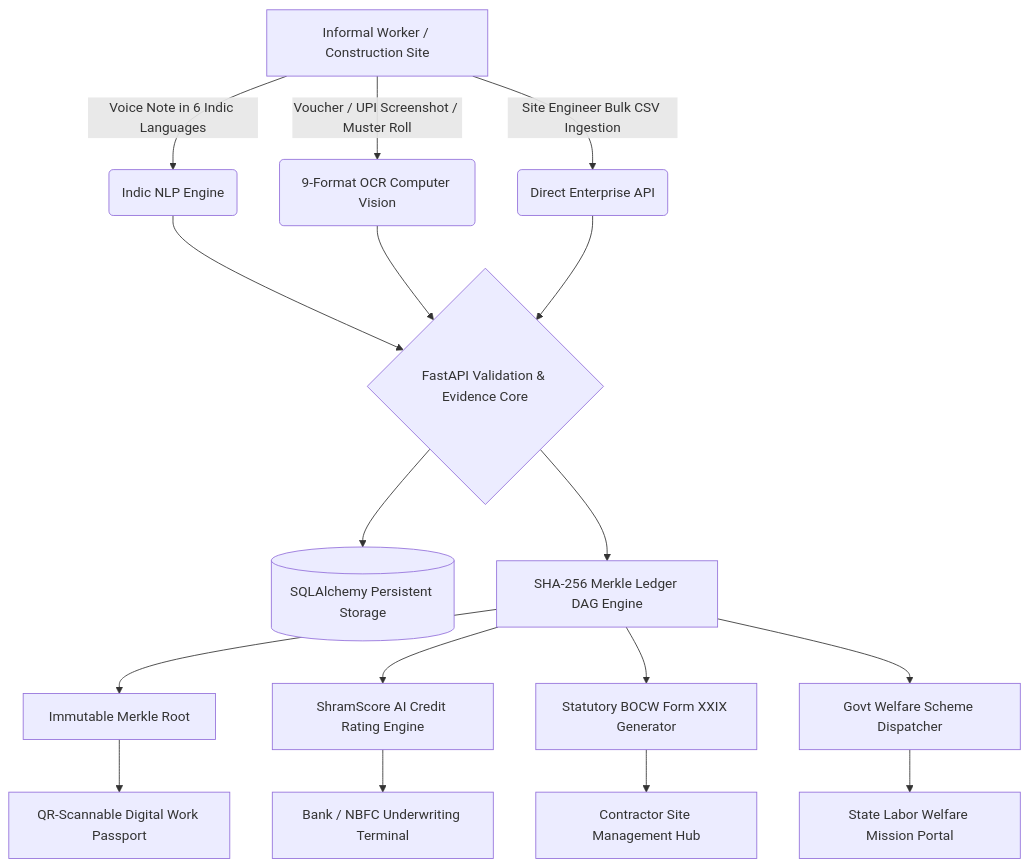
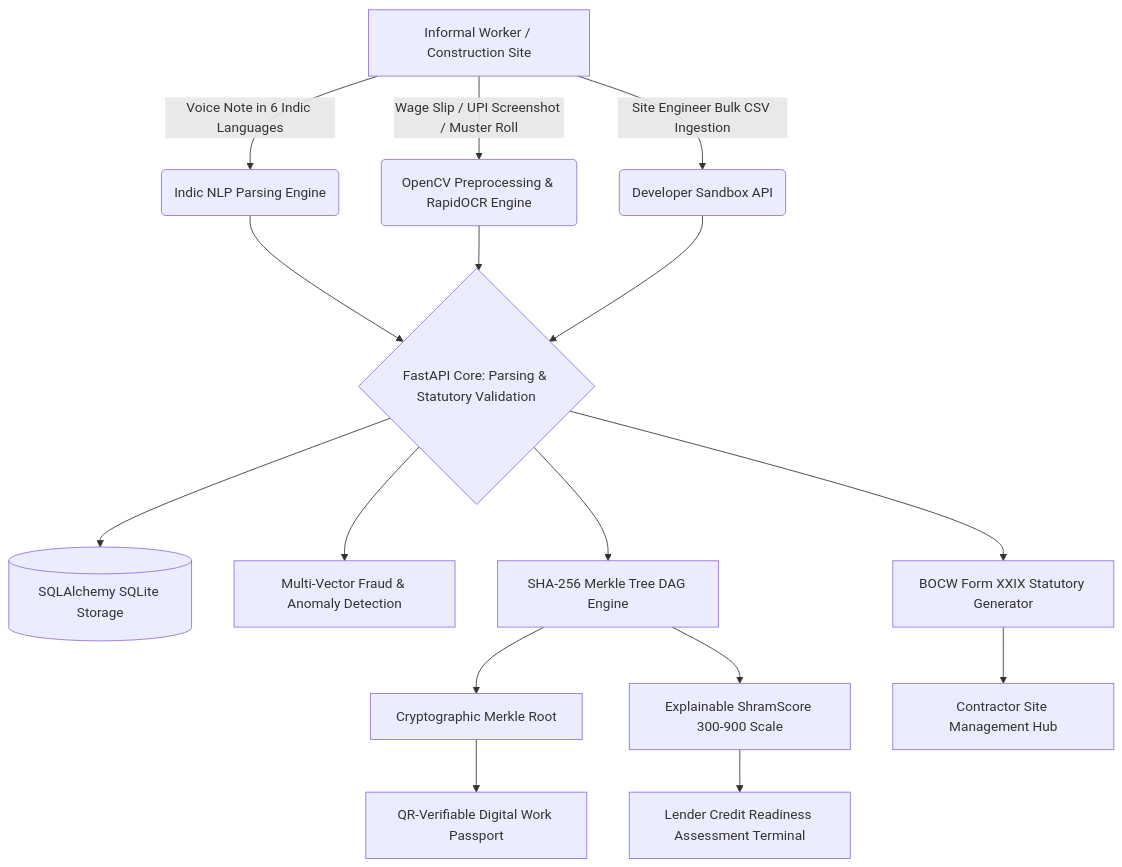
The diagram in README.md (poharekulbhushan2006-code/shramledger), drawn with Mermaid before and after one commit. The commit also changed other lines of this file and 17 other files, not shown here.

Commit message:
feat: real OpenCV+RapidOCR pipeline, interactive Merkle tamper killer demo, ShramScore credit readiness refactor, and prototype alignment

````diff
--- a/README.md
+++ b/README.md
@@ -22,23 +26,22 @@
 ```mermaid
 graph TD
-    A[Informal Worker / Construction Site] -->|Voice Note in 6 Indic Languages| B(Indic NLP Engine)
-    A -->|Voucher / UPI Screenshot / Muster Roll| C(9-Format OCR Computer Vision)
-    A -->|Site Engineer Bulk CSV Ingestion| D(Direct Enterprise API)
+    A[Informal Worker / Construction Site] -->|Voice Note in 6 Indic Languages| B(Indic NLP Parsing Engine)
+    A -->|Wage Slip / UPI Screenshot / Muster Roll| C(OpenCV Preprocessing & RapidOCR Engine)
+    A -->|Site Engineer Bulk CSV Ingestion| D(Developer Sandbox API)
     
-    B --> E{FastAPI Validation & Evidence Core}
+    B --> E{FastAPI Core: Parsing & Statutory Validation}
     C --> E
     D --> E
     
-    E --> F[(SQLAlchemy Persistent Storage)]
-    E --> G[SHA-256 Merkle Ledger DAG Engine]
+    E --> F[(SQLAlchemy SQLite Storage)]
+    E --> G[Multi-Vector Fraud & Anomaly Detection]
+    E --> H[SHA-256 Merkle Tree DAG Engine]
     
-    G --> H[Immutable Merkle Root]
-    G --> I[ShramScore AI Credit Rating Engine]
-    G --> J[Statutory BOCW Form XXIX Generator]
-    G --> K[Govt Welfare Scheme Dispatcher]
+    H --> I[Cryptographic Merkle Root]
+    H --> J[Explainable ShramScore 300-900 Scale]
+    E --> K[BOCW Form XXIX Statutory Generator]
     
-    I --> L[Bank / NBFC Underwriting Terminal]
-    H --> M[QR-Scannable Digital Work Passport]
-    J --> N[Contractor Site Management Hub]
-    K --> O[State Labor Welfare Mission Portal]
+    J --> L[Lender Credit Readiness Assessment Terminal]
+    I --> M[QR-Verifiable Digital Work Passport]
+    K --> N[Contractor Site Management Hub]
 ```
````
